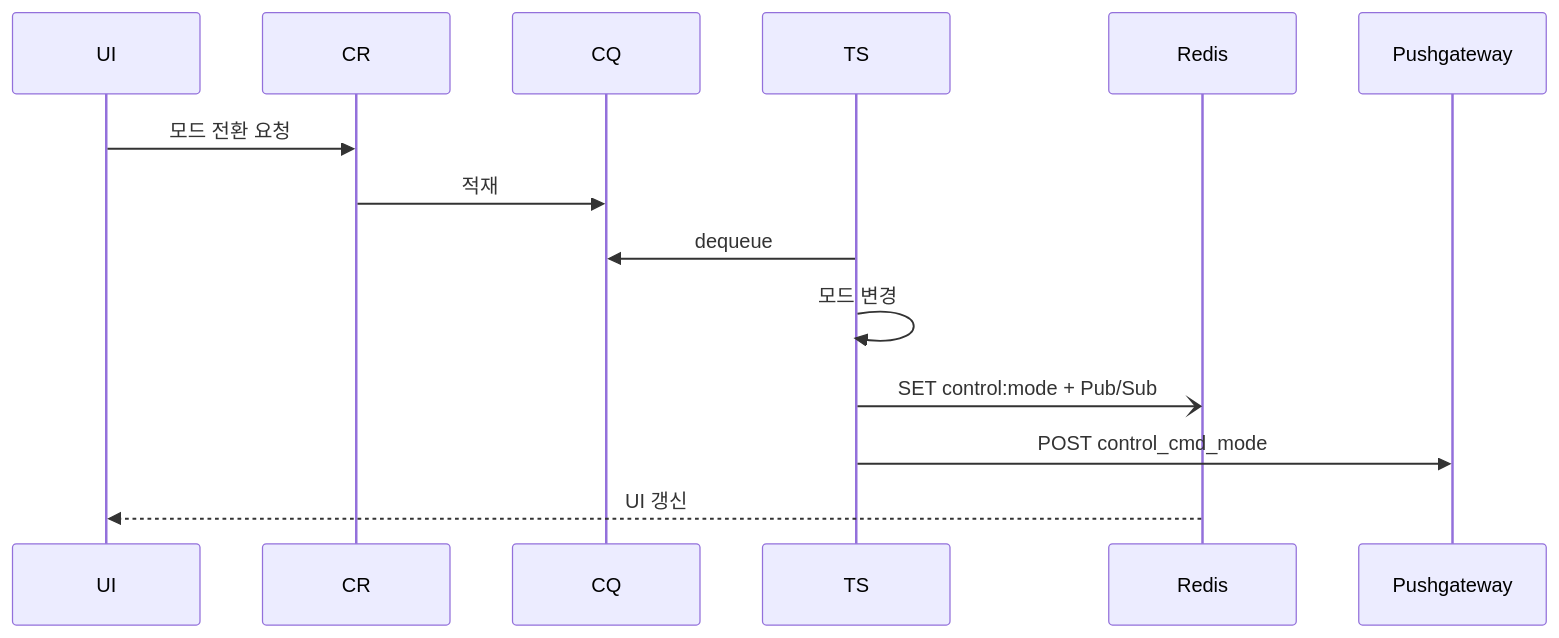
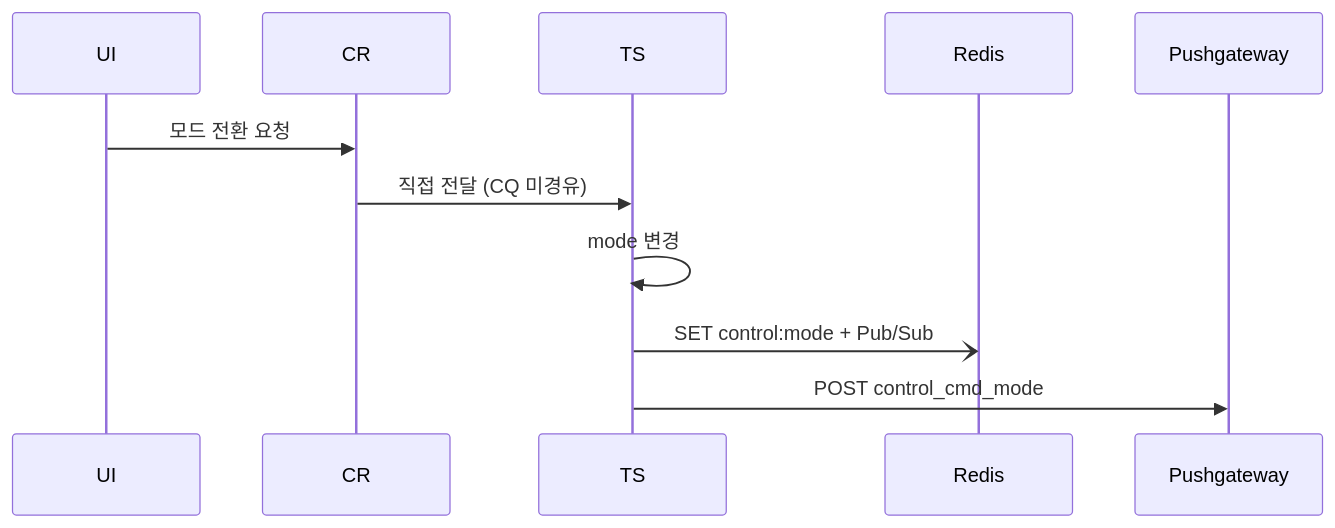
Before and after one commit to DEEPGadget/L2A_CDU_system: the third of 3 diagrams in docs/MCG.md, drawn with Mermaid. The commit also changed other lines of this file, not shown here.

````diff
--- a/docs/MCG.md
+++ b/docs/MCG.md
@@ -196,17 +190,14 @@
 ```mermaid
 sequenceDiagram
     participant UI as UI
     participant CR as CR
-    participant CQ as CQ
     participant TS as TS
     participant Redis as Redis
     participant PGW as Pushgateway
 
     UI->>CR: 모드 전환 요청
-    CR->>CQ: 적재
-    TS->>CQ: dequeue
-    TS->>TS: 모드 변경
+    CR->>TS: 직접 전달 (CQ 미경유)
+    TS->>TS: mode 변경
     TS-)Redis: SET control:mode + Pub/Sub
     TS->>PGW: POST control_cmd_mode
-    Redis-->>UI: UI 갱신
 ```
````
